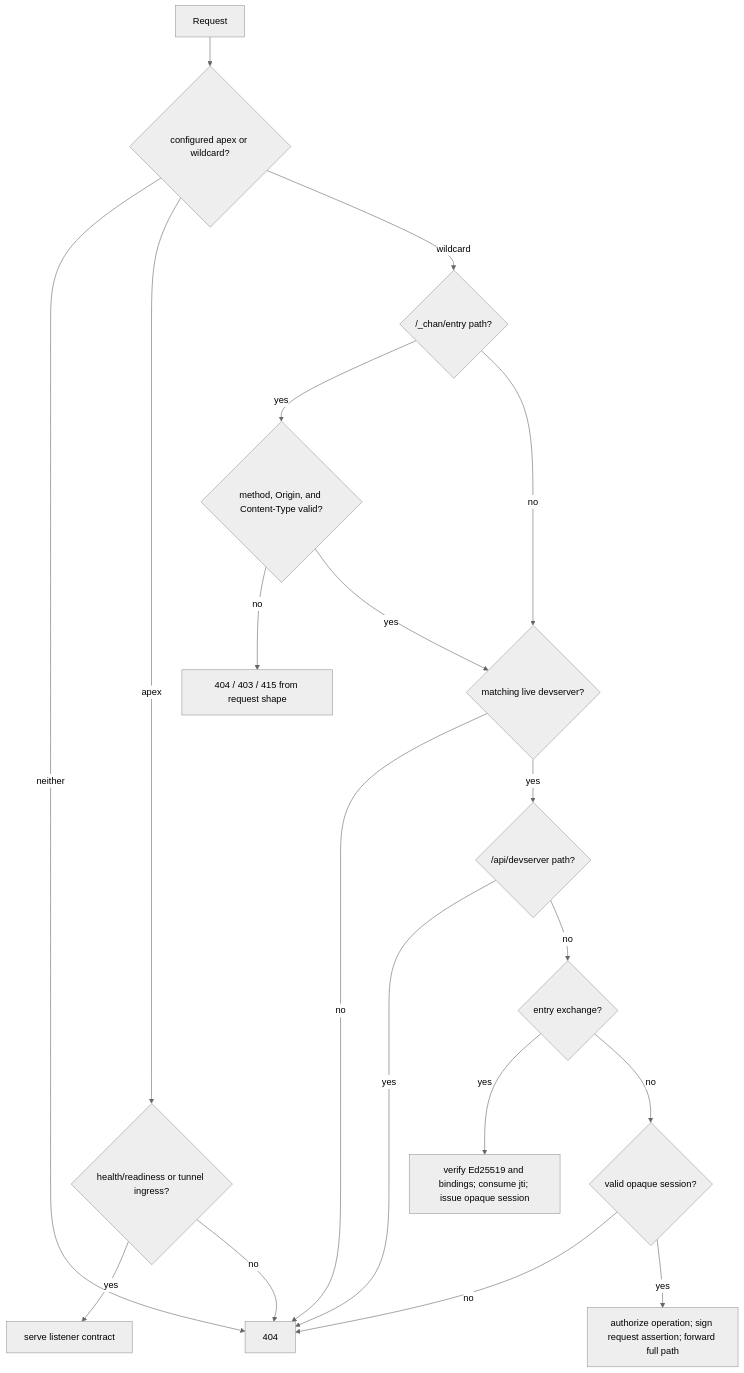
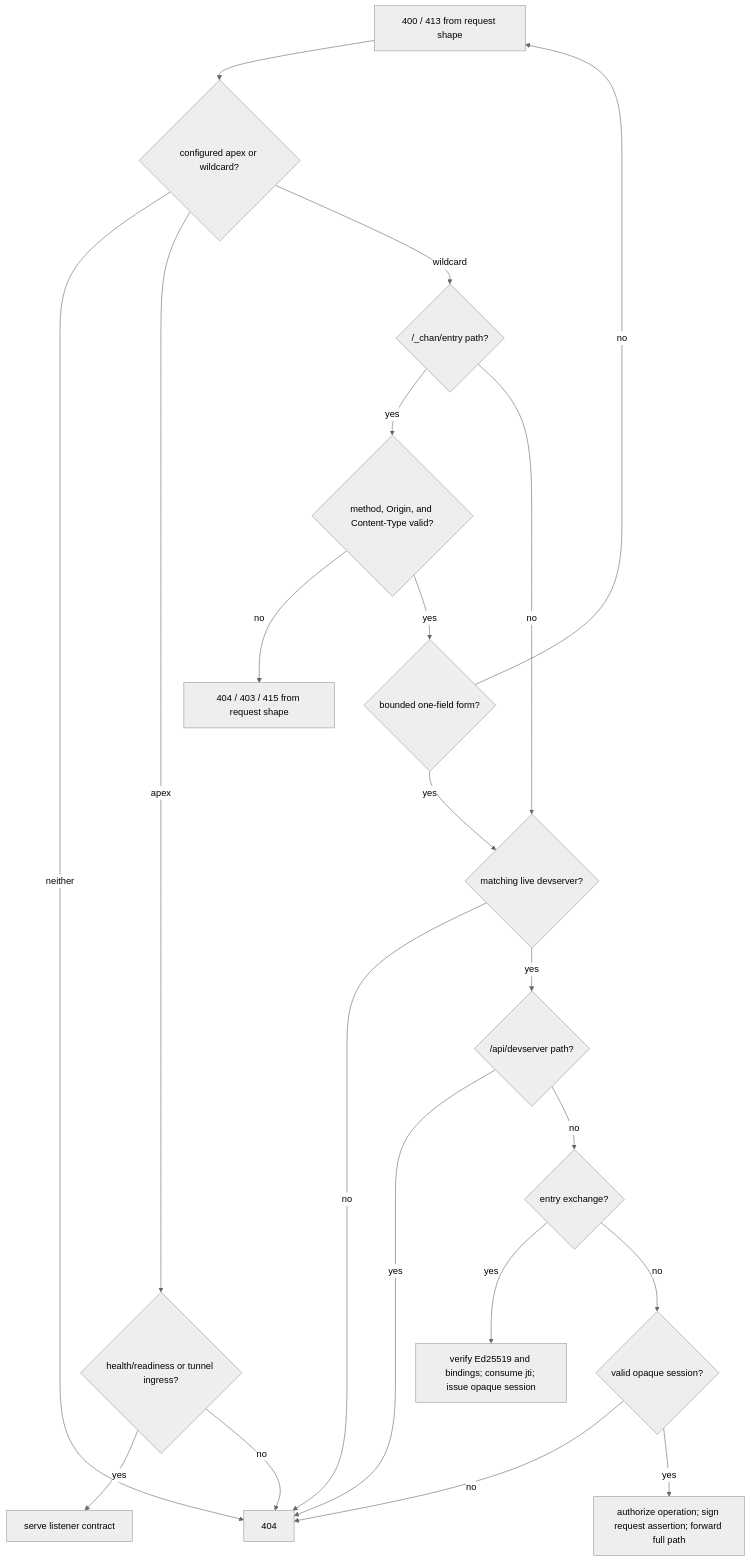
One commit to fiorix/chan changed the diagram in gateway/crates/devserver-proxy/design.md. Above: the diagram before and after it, drawn with Mermaid (neutral theme). The commit also changed other lines of this file and 6 other files, not shown here.

````diff
--- a/gateway/crates/devserver-proxy/design.md
+++ b/gateway/crates/devserver-proxy/design.md
@@ -33,21 +33,23 @@
 ```mermaid
 flowchart TD
     R[Request] --> H{configured apex or wildcard?}
     H -->|neither| N[404]
     H -->|apex| A{health/readiness or tunnel ingress?}
     A -->|yes| S[serve listener contract]
     A -->|no| N
     H -->|wildcard| E{/_chan/entry path?}
     E -->|yes| Q{method, Origin, and Content-Type valid?}
     Q -->|no| F[404 / 403 / 415 from request shape]
-    Q -->|yes| L{matching live devserver?}
+    Q -->|yes| V{bounded one-field form?}
+    V -->|no| R[400 / 413 from request shape]
+    V -->|yes| L{matching live devserver?}
     E -->|no| L
     L -->|no| N
     L -->|yes| M{/api/devserver path?}
     M -->|yes| N
     M -->|no| B{entry exchange?}
     B -->|yes| X[verify Ed25519 and bindings; consume jti; issue opaque session]
     B -->|no| C{valid opaque session?}
     C -->|no| N
     C -->|yes| P[authorize operation; sign request assertion; forward full path]
 ```
````
